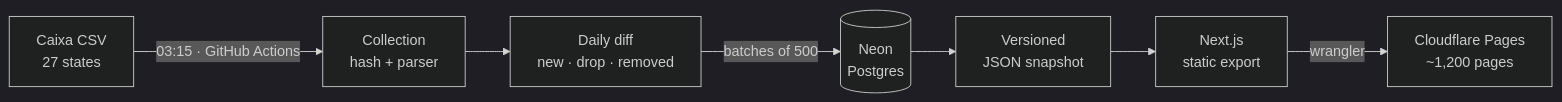
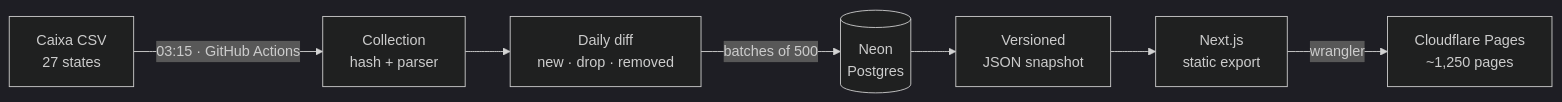
The diagram in README.en.md (tarlisodoria/garimpo-imoveis), drawn with Mermaid (dark theme) before and after one commit. The commit also changed other lines of this file and 24 other files, not shown here.

````diff
--- a/README.en.md
+++ b/README.en.md
@@ -21,9 +51,9 @@
 ```mermaid
 flowchart LR
     caixa["Caixa CSV<br/>27 states"] -->|"03:15 · GitHub Actions"| coleta["Collection<br/>hash + parser"]
     coleta --> diff["Daily diff<br/>new · drop · removed"]
     diff -->|"batches of 500"| neon[("Neon<br/>Postgres")]
     neon --> snapshot["Versioned<br/>JSON snapshot"]
     snapshot --> build["Next.js<br/>static export"]
-    build -->|"wrangler"| pages["Cloudflare Pages<br/>~1,200 pages"]
+    build -->|"wrangler"| pages["Cloudflare Pages<br/>~1,250 pages"]
 ```
````
